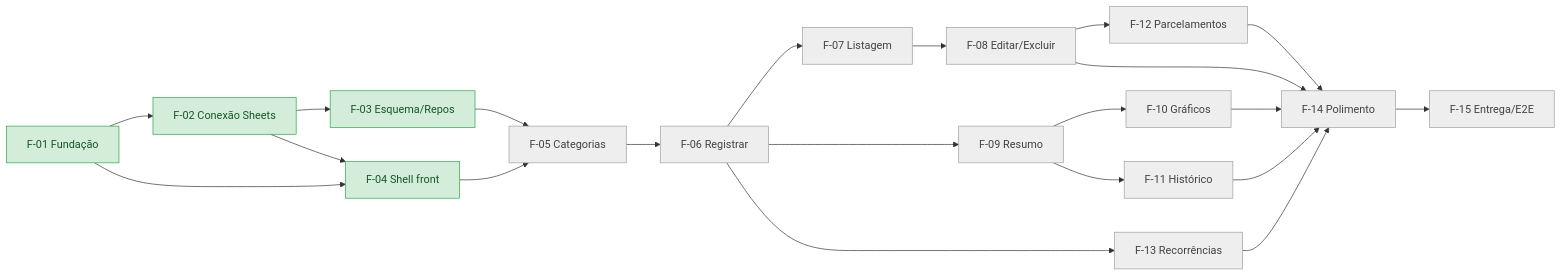
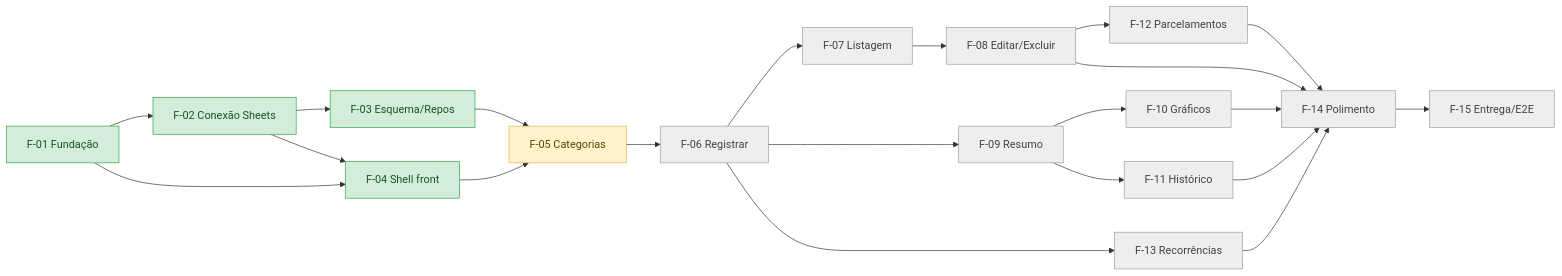
Before and after one commit to Pedrohcs/PlanilhaFinanceira: the diagram in SPECS/05-acompanhamento.md, drawn with Mermaid. The commit also changed other lines of this file and 14 other files, not shown here.

````diff
--- a/SPECS/05-acompanhamento.md
+++ b/SPECS/05-acompanhamento.md
@@ -64,23 +64,24 @@
 ```mermaid
 flowchart LR
     F01[F-01 Fundação] --> F02[F-02 Conexão Sheets] --> F03[F-03 Esquema/Repos]
     F01 --> F04[F-04 Shell front]
     F02 --> F04
     F03 --> F05[F-05 Categorias]
     F04 --> F05
     F05 --> F06[F-06 Registrar]
     F06 --> F07[F-07 Listagem] --> F08[F-08 Editar/Excluir]
     F06 --> F09[F-09 Resumo]
     F09 --> F10[F-10 Gráficos]
     F09 --> F11[F-11 Histórico]
     F08 --> F12[F-12 Parcelamentos]
     F06 --> F13[F-13 Recorrências]
     F08 & F10 & F11 & F12 & F13 --> F14[F-14 Polimento]
     F14 --> F15[F-15 Entrega/E2E]
 
     classDef naoIniciada fill:#eeeeee,stroke:#9e9e9e,color:#424242;
     classDef iniciada fill:#fff3cd,stroke:#f0ad4e,color:#5c4400;
     classDef concluida fill:#d4edda,stroke:#28a745,color:#155724;
-    class F05,F06,F07,F08,F09,F10,F11,F12,F13,F14,F15 naoIniciada;
+    class F06,F07,F08,F09,F10,F11,F12,F13,F14,F15 naoIniciada;
+    class F05 iniciada;
     class F01,F02,F03,F04 concluida;
 ```
````
